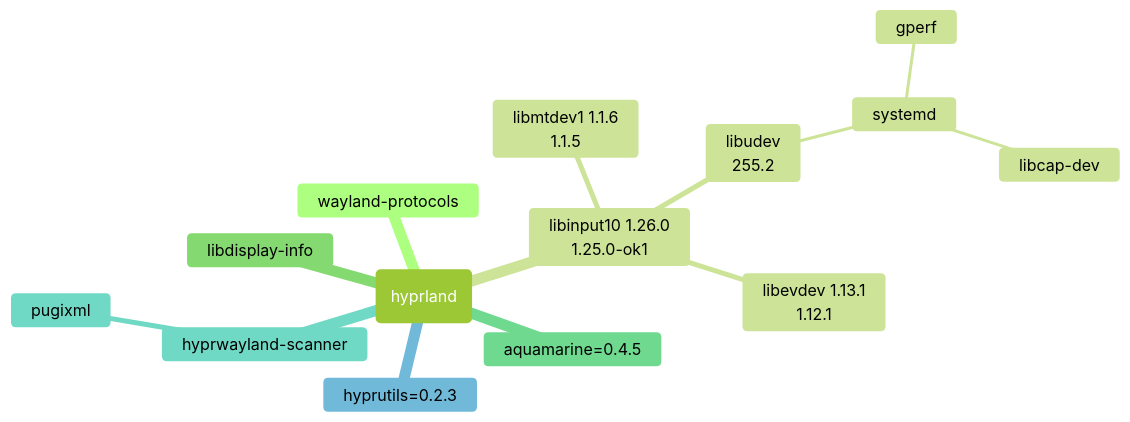
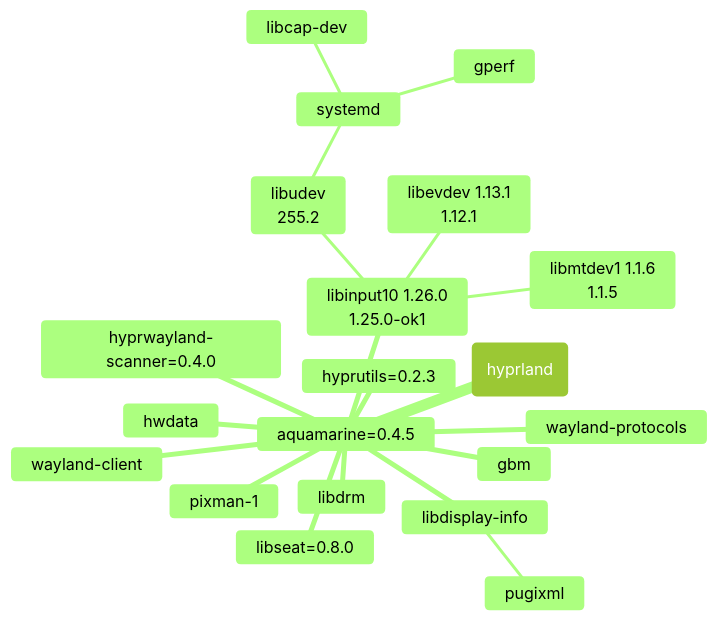
One commit to lucmann/lucmann.github.io changed the diagram in source/_posts/lnx/ok.md. Above: the diagram before and after it, drawn with Mermaid (forest theme). The commit also changed other lines of this file, not shown here.

````diff
--- a/source/_posts/lnx/ok.md
+++ b/source/_posts/lnx/ok.md
@@ -558,17 +558,23 @@
 ```mermaid
 mindmap
   root(hyprland)
-    wayland-protocols
-    libinput10 1.26.0<br>1.25.0-ok1
-      libudev<br>255.2
-        systemd
-          libcap-dev
-          gperf
-      libmtdev1 1.1.6<br>1.1.5
-      libevdev 1.13.1<br>1.12.1
-    libdisplay-info
     aquamarine=0.4.5
-    hyprwayland-scanner
-      pugixml
-    hyprutils=0.2.3
+      libseat=0.8.0
+      libinput10 1.26.0<br>1.25.0-ok1
+        libudev<br>255.2
+          systemd
+            libcap-dev
+            gperf
+        libmtdev1 1.1.6<br>1.1.5
+        libevdev 1.13.1<br>1.12.1
+      hyprwayland-scanner=0.4.0
+      hyprutils=0.2.3
+      wayland-protocols
+      wayland-client
+      libdisplay-info
+        pugixml
+      libdrm
+      gbm
+      pixman-1
+      hwdata
 ```
````
